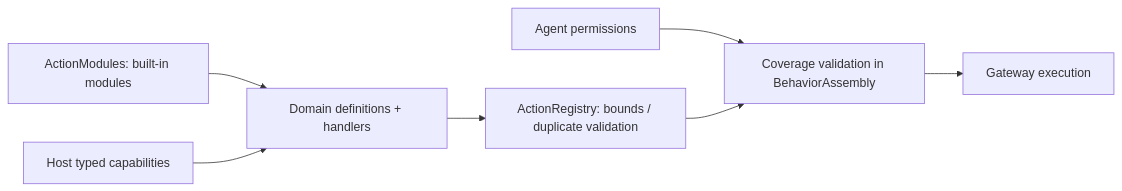
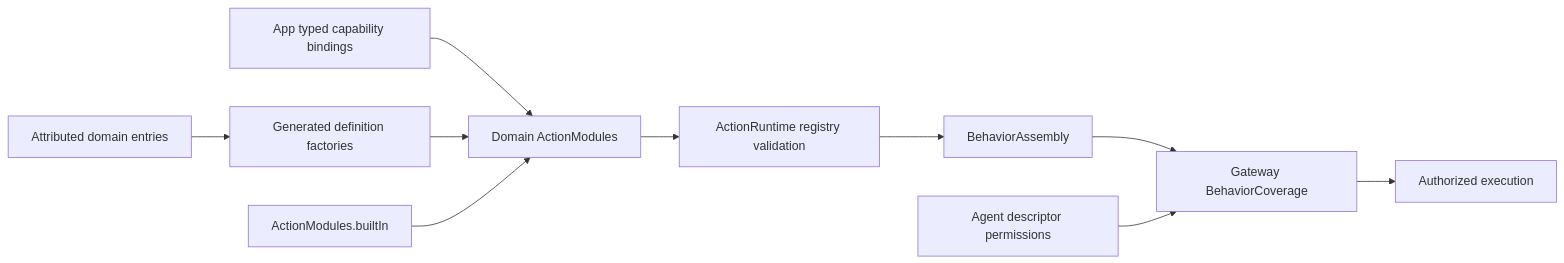
Before and after one commit to devilyouwei/MobileHarness: the third of 3 diagrams in MobileHarness/Actions/README.md, drawn with Mermaid. The commit also changed other lines of this file and 10 other files, not shown here.

````diff
--- a/MobileHarness/Actions/README.md
+++ b/MobileHarness/Actions/README.md
@@ -367,9 +175,12 @@
 ```mermaid
 flowchart LR
-    Catalog[ActionModules: built-in modules] --> Modules[Domain definitions + handlers]
-    Capabilities[Host typed capabilities] --> Modules
-    Modules --> Registry[ActionRegistry: bounds / duplicate validation]
-    Permissions[Agent permissions] --> Coverage[Coverage validation in BehaviorAssembly]
-    Registry --> Coverage
-    Coverage --> Gateway[Gateway execution]
+    Entries[Attributed domain entries] --> Factories[Generated definition factories]
+    Capabilities[App typed capability bindings] --> Modules[Domain ActionModules]
+    Factories --> Modules
+    Catalog[ActionModules.builtIn] --> Modules
+    Modules --> Registry[ActionRuntime registry validation]
+    Registry --> Assembly[BehaviorAssembly]
+    Assembly --> Coverage[Gateway BehaviorCoverage]
+    Permissions[Agent descriptor permissions] --> Coverage
+    Coverage --> Gateway[Authorized execution]
 ```
````
